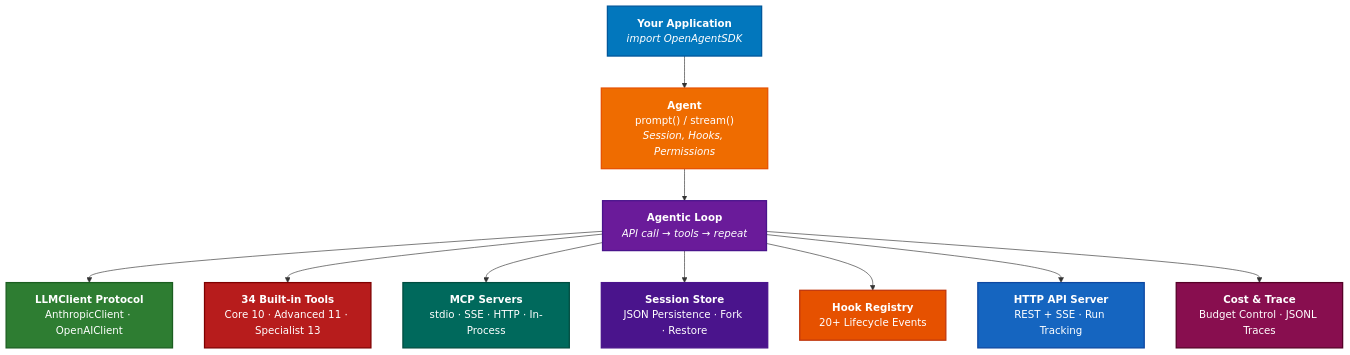
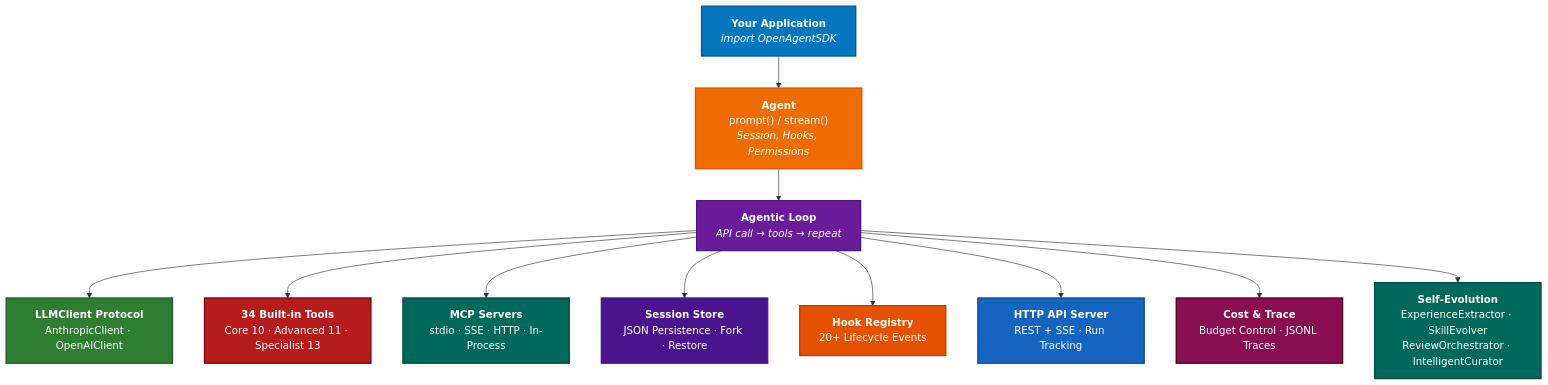
Before and after one commit to terryso/axion: the diagram in README.md, drawn with Mermaid. The commit also changed other lines of this file and 5 other files, not shown here.

First line of the commit message:
docs: add self-evolution documentation, cookbook scenario 17, and SelfEvolutionExample

````diff
--- a/README.md
+++ b/README.md
@@ -473,30 +549,33 @@
 ```mermaid
 graph TD
     A["<b>Your Application</b><br/><i>import OpenAgentSDK</i>"] --> B
     B["<b>Agent</b><br/>prompt() / stream()<br/><i>Session, Hooks, Permissions</i>"] --> C
     C["<b>Agentic Loop</b><br/><i>API call &rarr; tools &rarr; repeat</i>"] --> D
     C --> E
     C --> F
     C --> G
     C --> H
     C --> I
     C --> J
+    C --> K
     D["<b>LLMClient Protocol</b><br/>AnthropicClient &middot; OpenAIClient"]
     E["<b>34 Built-in Tools</b><br/>Core 10 &middot; Advanced 11 &middot; Specialist 13"]
     F["<b>MCP Servers</b><br/>stdio &middot; SSE &middot; HTTP &middot; In-Process"]
     G["<b>Session Store</b><br/>JSON Persistence &middot; Fork &middot; Restore"]
     H["<b>Hook Registry</b><br/>20+ Lifecycle Events"]
     I["<b>HTTP API Server</b><br/>REST + SSE &middot; Run Tracking"]
     J["<b>Cost &amp; Trace</b><br/>Budget Control &middot; JSONL Traces"]
+    K["<b>Self-Evolution</b><br/>ExperienceExtractor &middot; SkillEvolver<br/>ReviewOrchestrator &middot; IntelligentCurator"]
 
     style A fill:#0277bd,stroke:#01579b,color:#fff,stroke-width:2px
     style B fill:#ef6c00,stroke:#e65100,color:#fff,stroke-width:2px
     style C fill:#6a1b9a,stroke:#4a148c,color:#fff,stroke-width:2px
     style D fill:#2e7d32,stroke:#1b5e20,color:#fff,stroke-width:2px
     style E fill:#b71c1c,stroke:#7f0000,color:#fff,stroke-width:2px
     style F fill:#00695c,stroke:#004d40,color:#fff,stroke-width:2px
     style G fill:#4a148c,stroke:#4a148c,color:#fff,stroke-width:2px
     style H fill:#e65100,stroke:#bf360c,color:#fff,stroke-width:2px
     style I fill:#1565c0,stroke:#0d47a1,color:#fff,stroke-width:2px
     style J fill:#880e4f,stroke:#560027,color:#fff,stroke-width:2px
+    style K fill:#00695c,stroke:#004d40,color:#fff,stroke-width:2px
 ```
````
